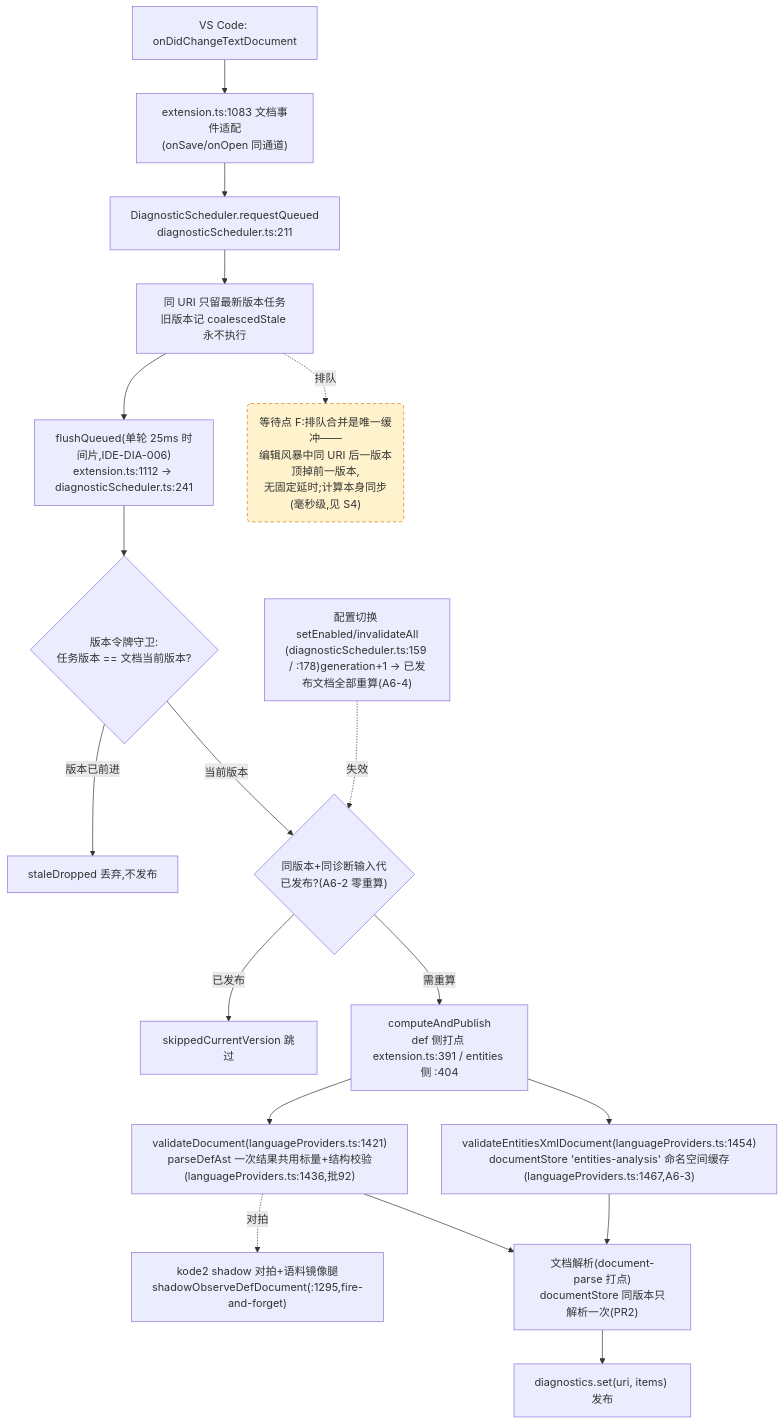
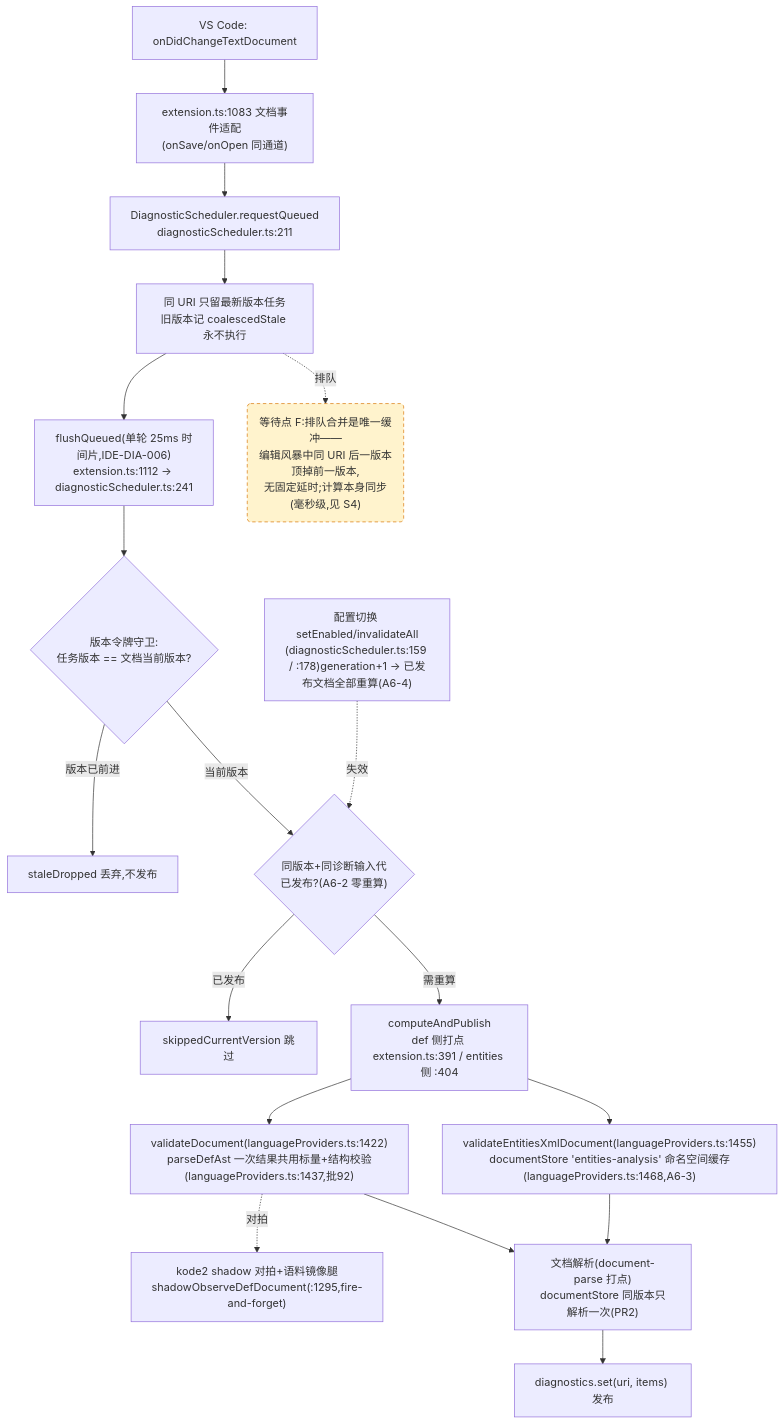
The fourth of 4 diagrams in docs/perf/2026-baseline.md (cuihairu/kode), drawn with Mermaid before and after one commit. The commit also changed other lines of this file and 4 other files, not shown here.

````diff
--- a/docs/perf/2026-baseline.md
+++ b/docs/perf/2026-baseline.md
@@ -214,38 +214,38 @@
 ```mermaid
 flowchart TD
   CHG["VS Code: onDidChangeTextDocument"]
   WATCH["extension.ts:1083 文档事件适配<br/>(onSave/onOpen 同通道)"]
   RQ["DiagnosticScheduler.requestQueued<br/>diagnosticScheduler.ts:211"]
   CO["同 URI 只留最新版本任务<br/>旧版本记 coalescedStale 永不执行"]
   FL["flushQueued(单轮 25ms 时间片,IDE-DIA-006)<br/>extension.ts:1112 → diagnosticScheduler.ts:241"]
   VG{"版本令牌守卫:<br/>任务版本 == 文档当前版本?"}
   DROP["staleDropped 丢弃,不发布"]
   GEN{"同版本+同诊断输入代<br/>已发布?(A6-2 零重算)"}
   SKIP["skippedCurrentVersion 跳过"]
   CALC["computeAndPublish<br/>def 侧打点 extension.ts:391 / entities 侧 :404"]
-  VD["validateDocument(languageProviders.ts:1421)<br/>parseDefAst 一次结果共用标量+结构校验(languageProviders.ts:1436,批92)"]
-  VEX["validateEntitiesXmlDocument(languageProviders.ts:1454)<br/>documentStore 'entities-analysis' 命名空间缓存(languageProviders.ts:1467,A6-3)"]
+  VD["validateDocument(languageProviders.ts:1422)<br/>parseDefAst 一次结果共用标量+结构校验(languageProviders.ts:1437,批92)"]
+  VEX["validateEntitiesXmlDocument(languageProviders.ts:1455)<br/>documentStore 'entities-analysis' 命名空间缓存(languageProviders.ts:1468,A6-3)"]
   SHDD["kode2 shadow 对拍+语料镜像腿<br/>shadowObserveDefDocument(:1295,fire-and-forget)"]
   DS["文档解析(document-parse 打点)<br/>documentStore 同版本只解析一次(PR2)"]
   PUB["diagnostics.set(uri, items) 发布"]
   CFG2["配置切换 setEnabled/invalidateAll<br/>(diagnosticScheduler.ts:159 / :178)generation+1 → 已发布文档全部重算(A6-4)"]
 
   CHG --> WATCH --> RQ --> CO --> FL --> VG
   VG -- "版本已前进" --> DROP
   VG -- "当前版本" --> GEN
   GEN -- "已发布" --> SKIP
   GEN -- "需重算" --> CALC
   CALC --> VD
   CALC --> VEX
   VD --> DS
   VEX --> DS
   DS --> PUB
   VD -.->|对拍| SHDD
   CFG2 -.->|失效| GEN
 
   WAITF("等待点 F:排队合并是唯一缓冲——<br/>编辑风暴中同 URI 后一版本顶掉前一版本,<br/>无固定延时;计算本身同步(毫秒级,见 S4)")
   CO -.->|排队| WAITF
 
   classDef waitPoint fill:#fff3cd,stroke:#d97706,stroke-dasharray:5 4;
   class WAITF waitPoint;
 ```
````
